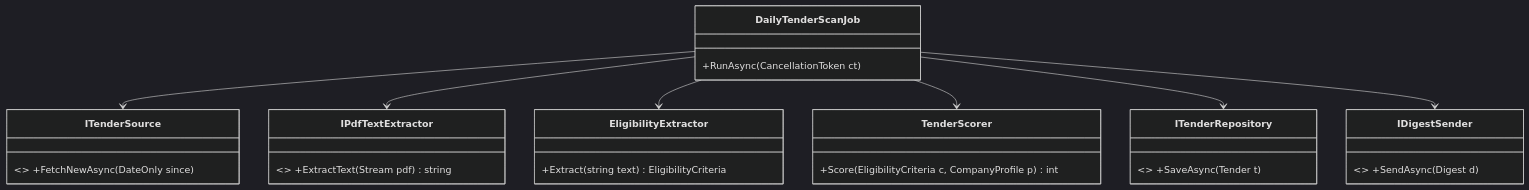
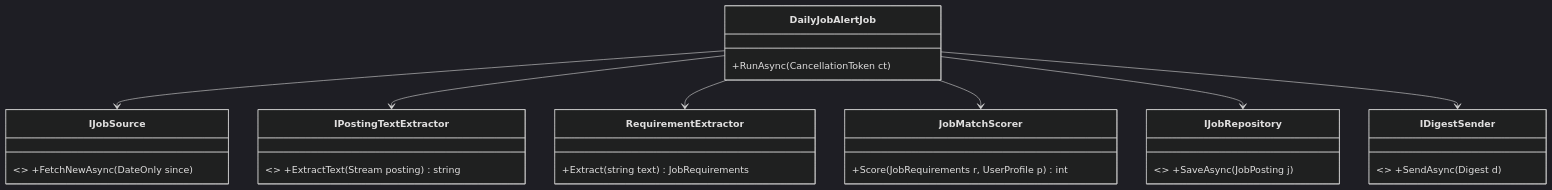
One commit to rizwi0786/system-design-lab changed the third of 3 diagrams in content/lessons/m04/m04-srp.md. Above: the diagram before and after it, drawn with Mermaid (dark theme). The commit also changed other lines of this file and 334 other files, not shown here.

````diff
--- a/content/lessons/m04/m04-srp.md
+++ b/content/lessons/m04/m04-srp.md
@@ -964,16 +984,16 @@
 ```mermaid
 classDiagram
-    class DailyTenderScanJob { +RunAsync(CancellationToken ct) }
-    class ITenderSource { <<interface>> +FetchNewAsync(DateOnly since) }
-    class IPdfTextExtractor { <<interface>> +ExtractText(Stream pdf) string }
-    class EligibilityExtractor { +Extract(string text) EligibilityCriteria }
-    class TenderScorer { +Score(EligibilityCriteria c, CompanyProfile p) int }
-    class ITenderRepository { <<interface>> +SaveAsync(Tender t) }
+    class DailyJobAlertJob { +RunAsync(CancellationToken ct) }
+    class IJobSource { <<interface>> +FetchNewAsync(DateOnly since) }
+    class IPostingTextExtractor { <<interface>> +ExtractText(Stream posting) string }
+    class RequirementExtractor { +Extract(string text) JobRequirements }
+    class JobMatchScorer { +Score(JobRequirements r, UserProfile p) int }
+    class IJobRepository { <<interface>> +SaveAsync(JobPosting j) }
     class IDigestSender { <<interface>> +SendAsync(Digest d) }
-    DailyTenderScanJob --> ITenderSource
-    DailyTenderScanJob --> IPdfTextExtractor
-    DailyTenderScanJob --> EligibilityExtractor
-    DailyTenderScanJob --> TenderScorer
-    DailyTenderScanJob --> ITenderRepository
-    DailyTenderScanJob --> IDigestSender
+    DailyJobAlertJob --> IJobSource
+    DailyJobAlertJob --> IPostingTextExtractor
+    DailyJobAlertJob --> RequirementExtractor
+    DailyJobAlertJob --> JobMatchScorer
+    DailyJobAlertJob --> IJobRepository
+    DailyJobAlertJob --> IDigestSender
 ```
````
